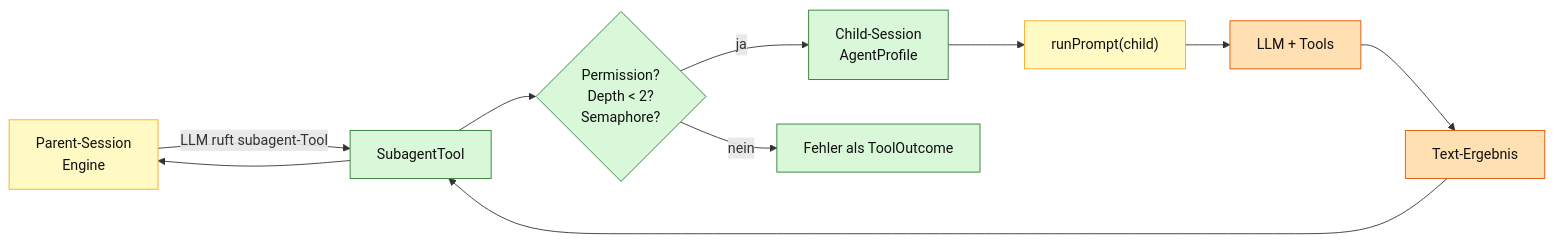
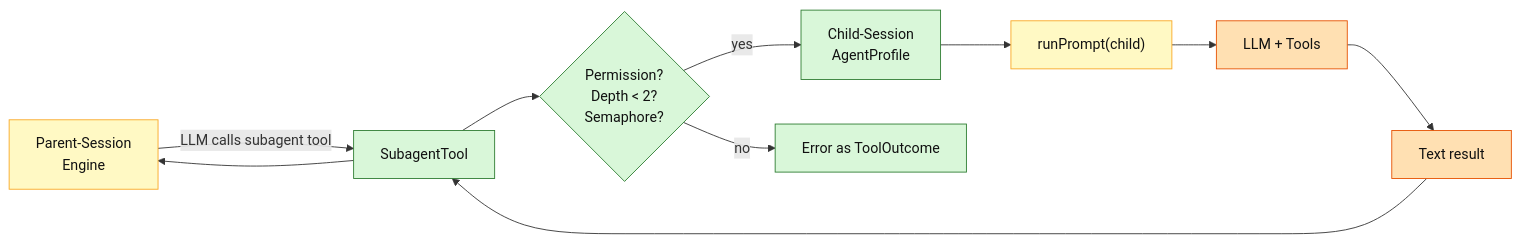
The first of 3 diagrams in docs/diagrams/08-agent-orchestrator.md (augmentia-de/QOC), drawn with Mermaid before and after one commit. The commit also changed other lines of this file and 71 other files, not shown here.

````diff
--- a/docs/diagrams/08-agent-orchestrator.md
+++ b/docs/diagrams/08-agent-orchestrator.md
@@ -22,24 +22,24 @@
 ```mermaid
 flowchart LR
   Parent["Parent-Session<br/>Engine"]:::mixed
   Tool["SubagentTool"]:::det
   Guard{"Permission?<br/>Depth < 2?<br/>Semaphore?"}:::det
   Child["Child-Session<br/>AgentProfile"]:::det
   Run["runPrompt(child)"]:::mixed
   Llm["LLM + Tools"]:::llm
-  Result["Text-Ergebnis"]:::llm
+  Result["Text result"]:::llm
 
-  Parent -->|"LLM ruft subagent-Tool"| Tool
+  Parent -->|"LLM calls subagent tool"| Tool
   Tool --> Guard
-  Guard -->|"nein"| Error["Fehler als ToolOutcome"]:::det
-  Guard -->|"ja"| Child
+  Guard -->|"no"| Error["Error as ToolOutcome"]:::det
+  Guard -->|"yes"| Child
   Child --> Run
   Run --> Llm
   Llm --> Result
   Result --> Tool
   Tool --> Parent
 
   classDef det fill:#d9f7d9,stroke:#2e7d32,stroke-width:1px,color:#111;
   classDef llm fill:#ffe0b2,stroke:#e65100,stroke-width:1px,color:#111;
   classDef mixed fill:#fff9c4,stroke:#f9a825,stroke-width:1px,color:#111;
 ```
````
